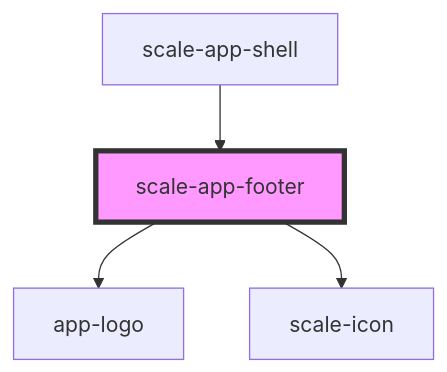
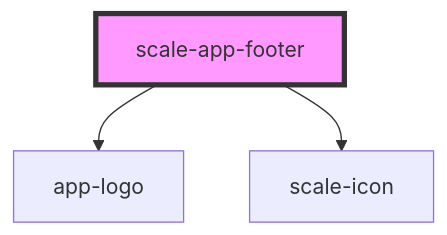
One commit to gaurishkamat/scale changed the diagram in packages/components/src/components/app-footer/readme.md. Above: the diagram before and after it, drawn with Mermaid. The commit also changed other lines of this file and 18 other files, not shown here.

````diff
--- a/packages/components/src/components/app-footer/readme.md
+++ b/packages/components/src/components/app-footer/readme.md
@@ -29,7 +25,6 @@
 ```mermaid
 graph TD;
   scale-app-footer --> app-logo
   scale-app-footer --> scale-icon
-  scale-app-shell --> scale-app-footer
   style scale-app-footer fill:#f9f,stroke:#333,stroke-width:4px
 ```
````
